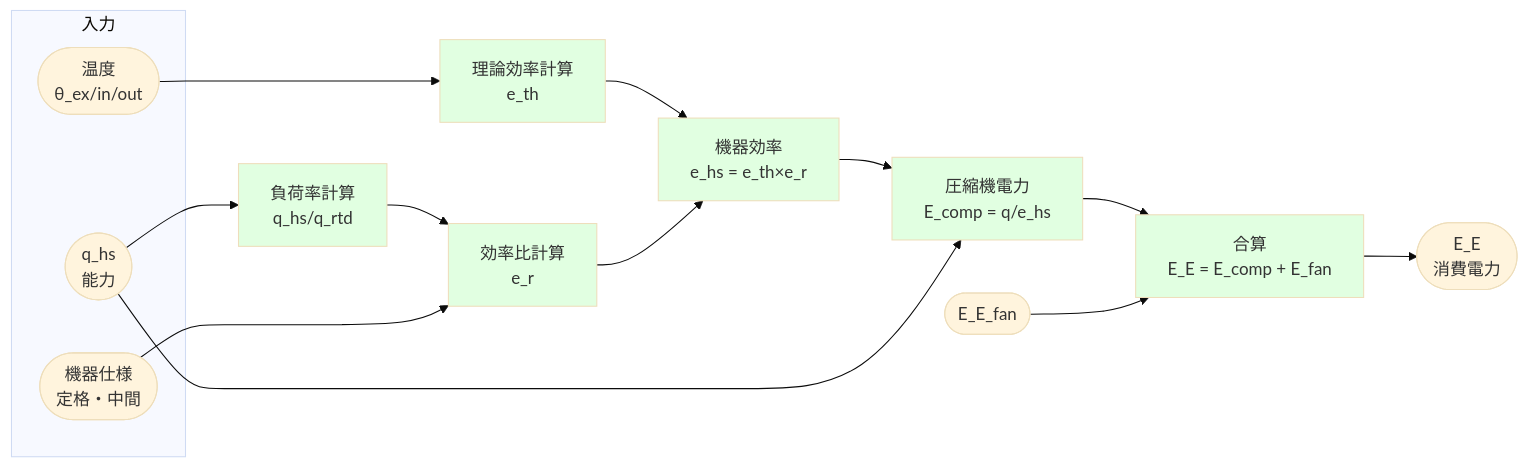
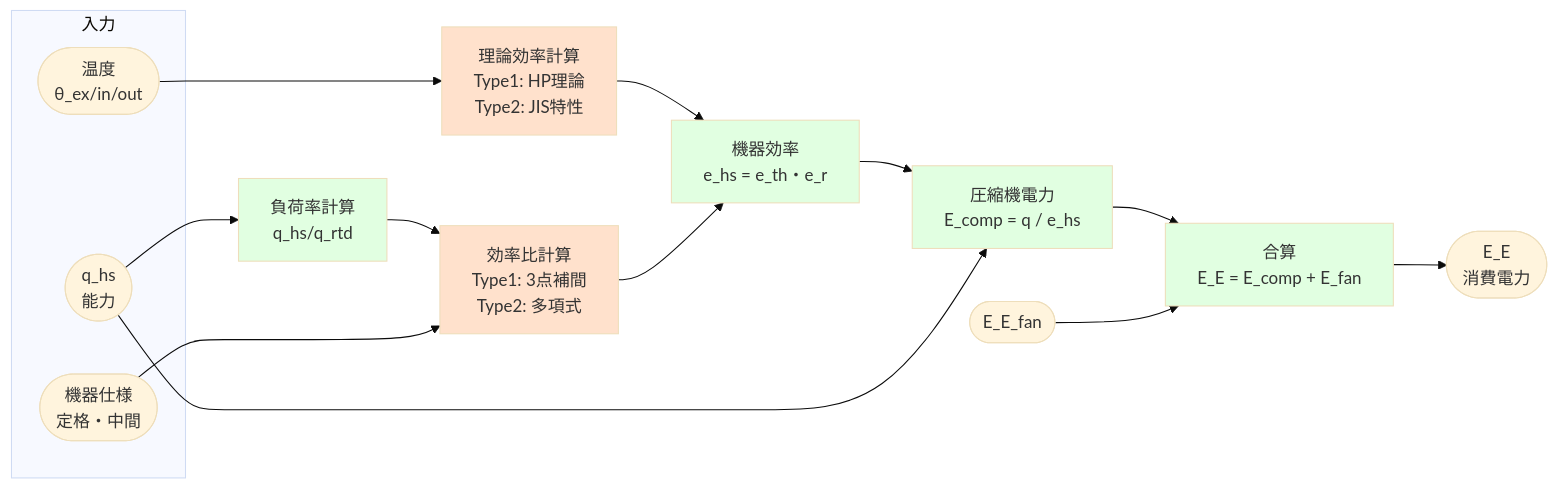
One commit to izumi-system-development/pyhees-jjj changed the sixth of 6 diagrams in src/docs/プロセスモデル_消費電力計算_標準.md. Above: the diagram before and after it, drawn with Mermaid (base theme). The commit also changed other lines of this file, not shown here.

````diff
--- a/src/docs/プロセスモデル_消費電力計算_標準.md
+++ b/src/docs/プロセスモデル_消費電力計算_標準.md
@@ -407,33 +440,33 @@
 ```mermaid
 flowchart LR
 
 subgraph 入力
     Temp([温度<br/>θ_ex/in/out])
     q([q_hs<br/>能力])
     Spec([機器仕様<br/>定格・中間])
 end
 
-Temp --> e_th[理論効率計算<br/>e_th]
+Temp --> e_th[理論効率計算<br/>Type1: HP理論<br/>Type2: JIS特性]
 q --> Load
 
-Load[負荷率計算<br/>q_hs/q_rtd] --> e_r[効率比計算<br/>e_r]
+Load[負荷率計算<br/>q_hs/q_rtd] --> e_r[効率比計算<br/>Type1: 3点補間<br/>Type2: 多項式]
 Spec --> e_r
 
-e_th --> e_hs[機器効率<br/>e_hs = e_th×e_r]
+e_th --> e_hs[機器効率<br/>e_hs = e_th・e_r]
 e_r --> e_hs
 
-e_hs --> Comp[圧縮機電力<br/>E_comp = q/e_hs]
+e_hs --> Comp[圧縮機電力<br/>E_comp = q / e_hs]
 q --> Comp
 
 Comp --> Add[合算<br/>E_E = E_comp + E_fan]
 E_fan([E_E_fan]) --> Add
 
 Add --> Result([E_E<br/>消費電力])
 
-style e_th fill:#e1ffe1
+style e_th fill:#ffe1cc
 style Load fill:#e1ffe1
-style e_r fill:#e1ffe1
+style e_r fill:#ffe1cc
 style e_hs fill:#e1ffe1
 style Comp fill:#e1ffe1
 style Add fill:#e1ffe1
 ```
````
